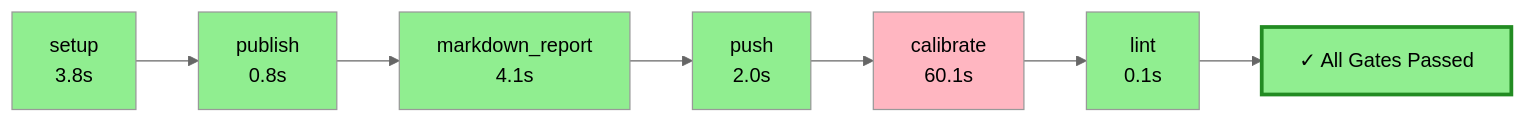
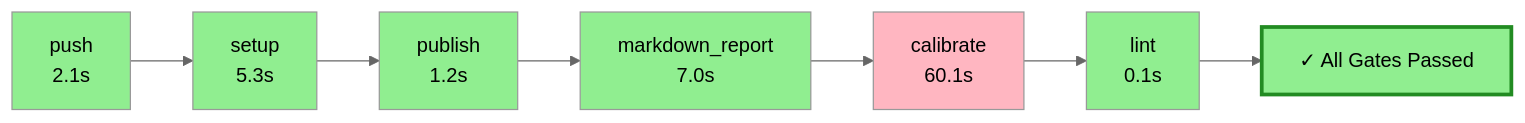
The diagram in .pyqual/report.md (wronai/fixos), drawn with Mermaid (neutral theme) before and after one commit. The commit also changed other lines of this file and 2 other files, not shown here.

````diff
--- a/.pyqual/report.md
+++ b/.pyqual/report.md
@@ -10,23 +10,23 @@
 ```mermaid
 flowchart LR
-    S0["setup<br/>3.8s"]
+    S0["push<br/>2.1s"]
     style S0 fill:#90EE90
-    S1["publish<br/>0.8s"]
+    S1["setup<br/>5.3s"]
     style S1 fill:#90EE90
     S0 --> S1
-    S2["markdown_report<br/>4.1s"]
+    S2["publish<br/>1.2s"]
     style S2 fill:#90EE90
     S1 --> S2
-    S3["push<br/>2.0s"]
+    S3["markdown_report<br/>7.0s"]
     style S3 fill:#90EE90
     S2 --> S3
     S4["calibrate<br/>60.1s"]
     style S4 fill:#FFB6C1
     S3 --> S4
     S5["lint<br/>0.1s"]
     style S5 fill:#90EE90
     S4 --> S5
     G["✓ All Gates Passed"]
     style G fill:#90EE90,stroke:#228B22,stroke-width:3px
     S5 --> G
 ```
````
